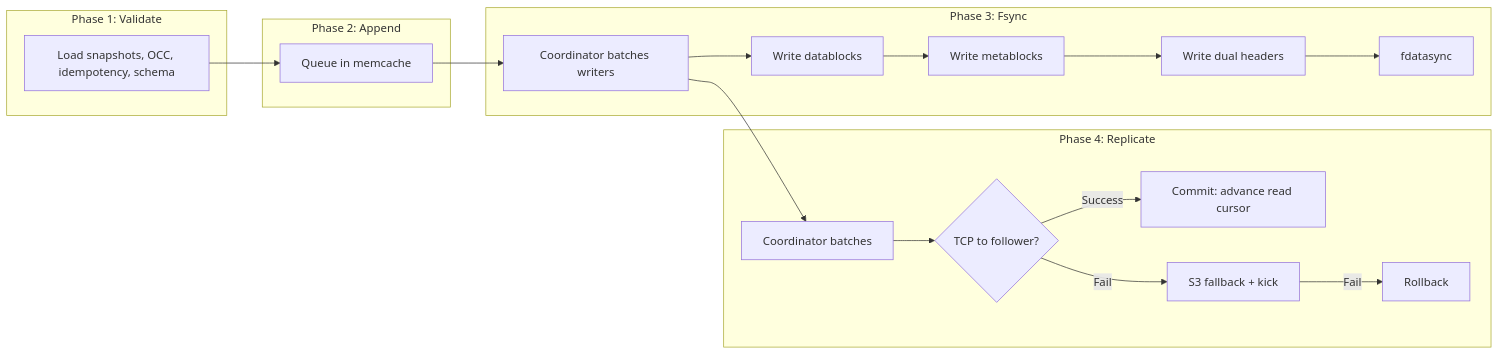
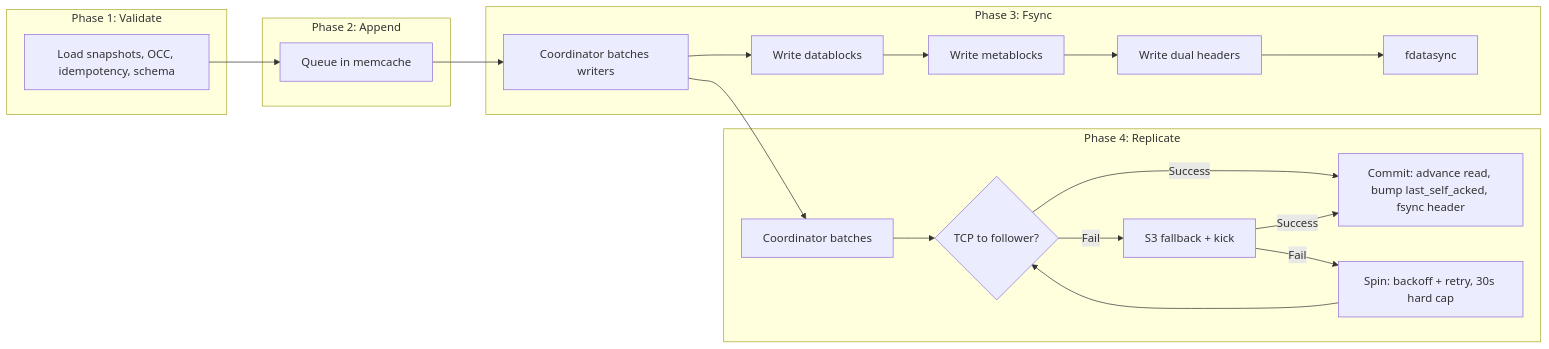
The fifth of 11 diagrams in docs/leadership-replication-design.md (celeriant/celeriant-db), drawn with Mermaid before and after one commit. The commit also changed other lines of this file and 43 other files, not shown here.

````diff
--- a/docs/leadership-replication-design.md
+++ b/docs/leadership-replication-design.md
@@ -305,24 +321,26 @@
 ```mermaid
 flowchart LR
     subgraph "Phase 1: Validate"
         V[Load snapshots, OCC, idempotency, schema]
     end
     subgraph "Phase 2: Append"
         A[Queue in memcache]
     end
     subgraph "Phase 3: Fsync"
         F[Coordinator batches writers]
         F --> F1[Write datablocks]
         F1 --> F2[Write metablocks]
         F2 --> F3[Write dual headers]
         F3 --> F4[fdatasync]
     end
     subgraph "Phase 4: Replicate"
         R[Coordinator batches]
         R --> R1{TCP to follower?}
-        R1 -->|Success| R2[Commit: advance read cursor]
+        R1 -->|Success| R2[Commit: advance read, bump last_self_acked, fsync header]
         R1 -->|Fail| R3[S3 fallback + kick]
-        R3 -->|Fail| R4[Rollback]
+        R3 -->|Success| R2
+        R3 -->|Fail| R4[Spin: backoff + retry, 30s hard cap]
+        R4 --> R1
     end
     V --> A --> F --> R
 ```
````
